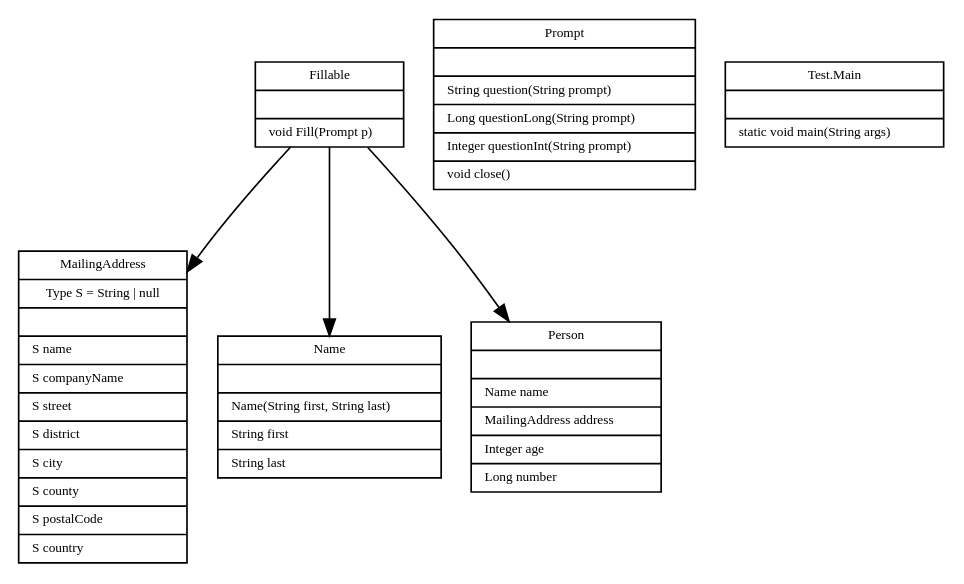
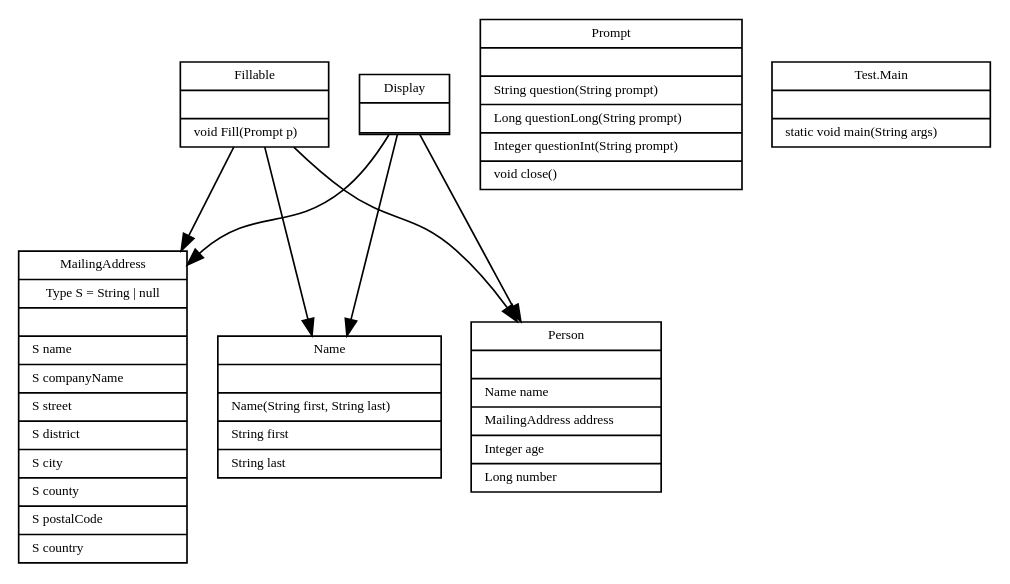
Before and after one commit to coallege/Fa20.CIS.D035A.62Z: the diagram in labs/lab2/PersonalInformation/UML.dot, drawn with Graphviz. The commit also changed 10 other files, not shown here.

```diff
--- a/labs/lab2/PersonalInformation/UML.dot
+++ b/labs/lab2/PersonalInformation/UML.dot
@@ -1,40 +1,48 @@
 digraph PersonalInformation {
    node [
       fontname="Bitstream Vera Sans"
       fontsize=8
       shape=record
    ]
 
    edge [
       fontname="Bitstream Vera Sans"
       fontsize=8
    ]
 
    Fillable [
       label="{Fillable||void Fill(Prompt p)\l}"
    ]
 
    MailingAddress [
       label="{MailingAddress|Type S = String \| null||S name\l|S companyName\l|S street\l|S district\l|S city\l|S county\l|S postalCode \l|S country \l}"
    ]
 
    Name [
       label="{Name||Name(String first, String last)\l|String first\l|String last\l}"
    ]
 
    Person [
       label="{Person||Name name\l|MailingAddress address\l|Integer age\l|Long number\l}"
    ]
 
    Prompt [
       label="{Prompt||String question(String prompt)\l|Long questionLong(String prompt)\l|Integer questionInt(String prompt)\l|void close()\l}"
    ]
 
    Test_Main [
       label="{Test.Main||static void main(String args)\l}"
    ]
 
+   Display [
+      label="{Display||List<String> display()\l}"
+   ]
+
    Fillable -> MailingAddress
    Fillable -> Name
    Fillable -> Person
+
+   Display -> MailingAddress
+   Display -> Name
+   Display -> Person
 }
```
